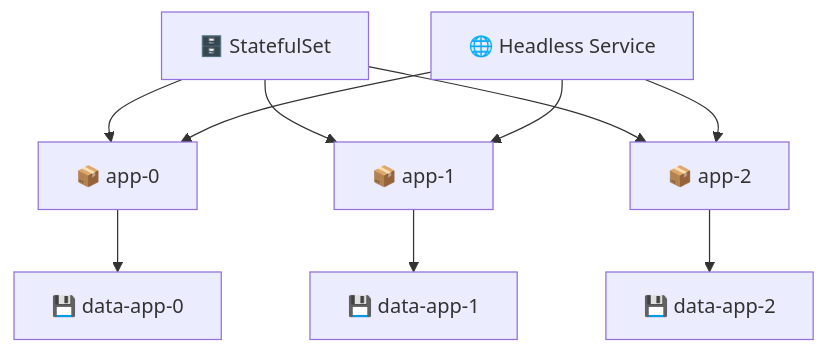
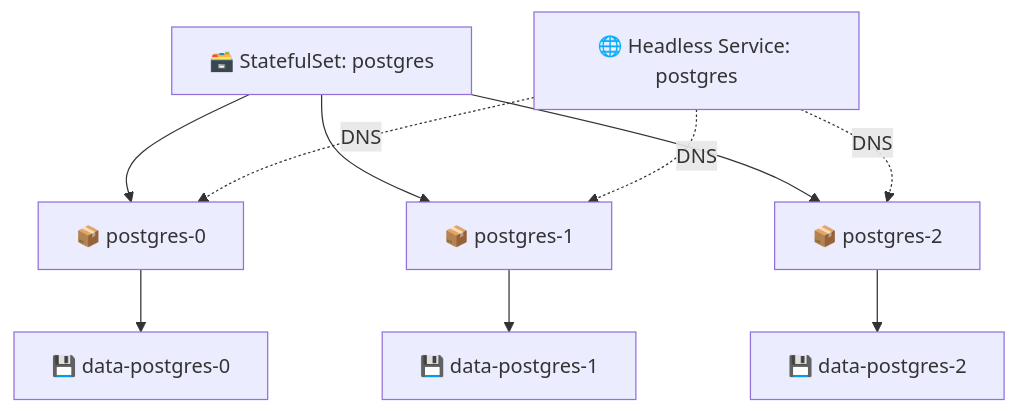
One commit to inno-devops-labs/DevOps-Core-Course changed the third of 11 diagrams in lectures/lec15.md. Above: the diagram before and after it, drawn with Mermaid. The commit also changed other lines of this file and 24 other files, not shown here.

````diff
--- a/lectures/lec15.md
+++ b/lectures/lec15.md
@@ -192,14 +83,12 @@
 ```mermaid
 flowchart TD
-  A[🗄️ StatefulSet] --> B[📦 app-0]
-  A --> C[📦 app-1]
-  A --> D[📦 app-2]
-
-  B --> E[💾 data-app-0]
-  C --> F[💾 data-app-1]
-  D --> G[💾 data-app-2]
-
-  H[🌐 Headless Service] --> B
-  H --> C
-  H --> D
+  STS[🗃️ StatefulSet: postgres] --> P0[📦 postgres-0]
+  STS --> P1[📦 postgres-1]
+  STS --> P2[📦 postgres-2]
+  P0 --> V0[💾 data-postgres-0]
+  P1 --> V1[💾 data-postgres-1]
+  P2 --> V2[💾 data-postgres-2]
+  HS[🌐 Headless Service: postgres] -.DNS.-> P0
+  HS -.DNS.-> P1
+  HS -.DNS.-> P2
 ```
````
